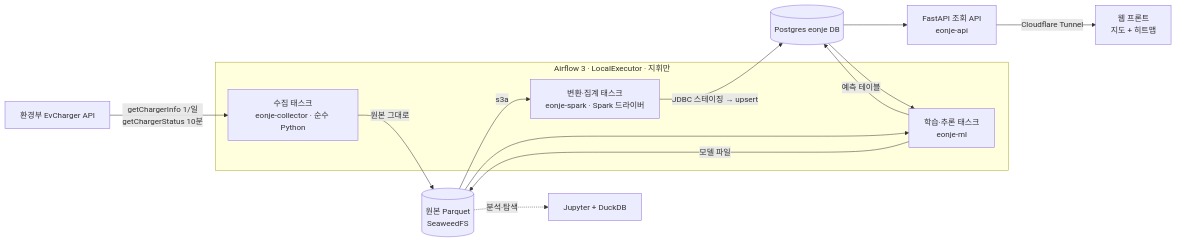
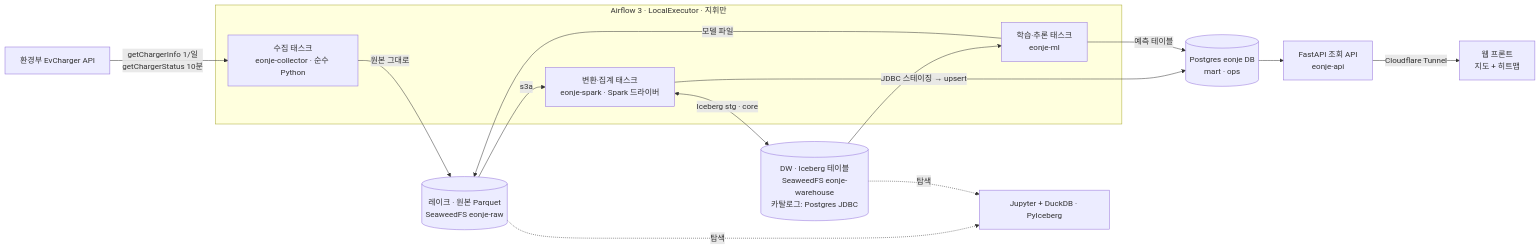
The first of 2 diagrams in docs/design.md (jungyu333/eonje), drawn with Mermaid before and after one commit. The commit also changed other lines of this file and 6 other files, not shown here.

First line of the commit message:
docs: keep observation history and facts in an Iceberg DW on SeaweedFS (#10)

````diff
--- a/docs/design.md
+++ b/docs/design.md
@@ -25,21 +25,22 @@
 ```mermaid
 flowchart LR
     API[환경부 EvCharger API] -->|getChargerInfo 1/일<br/>getChargerStatus 10분| COL
 
     subgraph AF[Airflow 3 · LocalExecutor · 지휘만]
         COL[수집 태스크<br/>eonje-collector · 순수 Python]
         SPK[변환·집계 태스크<br/>eonje-spark · Spark 드라이버]
         ML[학습·추론 태스크<br/>eonje-ml]
     end
 
-    COL -->|원본 그대로| RAW[(원본 Parquet<br/>SeaweedFS)]
+    COL -->|원본 그대로| RAW[(레이크 · 원본 Parquet<br/>SeaweedFS eonje-raw)]
     RAW -->|s3a| SPK
-    SPK -->|JDBC 스테이징 → upsert| DB[(Postgres eonje DB)]
-    DB --> ML
-    RAW --> ML
+    SPK <-->|Iceberg stg · core| DW[(DW · Iceberg 테이블<br/>SeaweedFS eonje-warehouse<br/>카탈로그: Postgres JDBC)]
+    SPK -->|JDBC 스테이징 → upsert| DB[(Postgres eonje DB<br/>mart · ops)]
+    DW --> ML
     ML -->|모델 파일| RAW
     ML -->|예측 테이블| DB
     DB --> SRV[FastAPI 조회 API<br/>eonje-api]
     SRV -->|Cloudflare Tunnel| WEB[웹 프론트<br/>지도 + 히트맵]
-    RAW -.->|분석·탐색| DUCK[Jupyter + DuckDB]
+    RAW -.->|탐색| DUCK[Jupyter + DuckDB · PyIceberg]
+    DW -.->|탐색| DUCK
 ```
````
